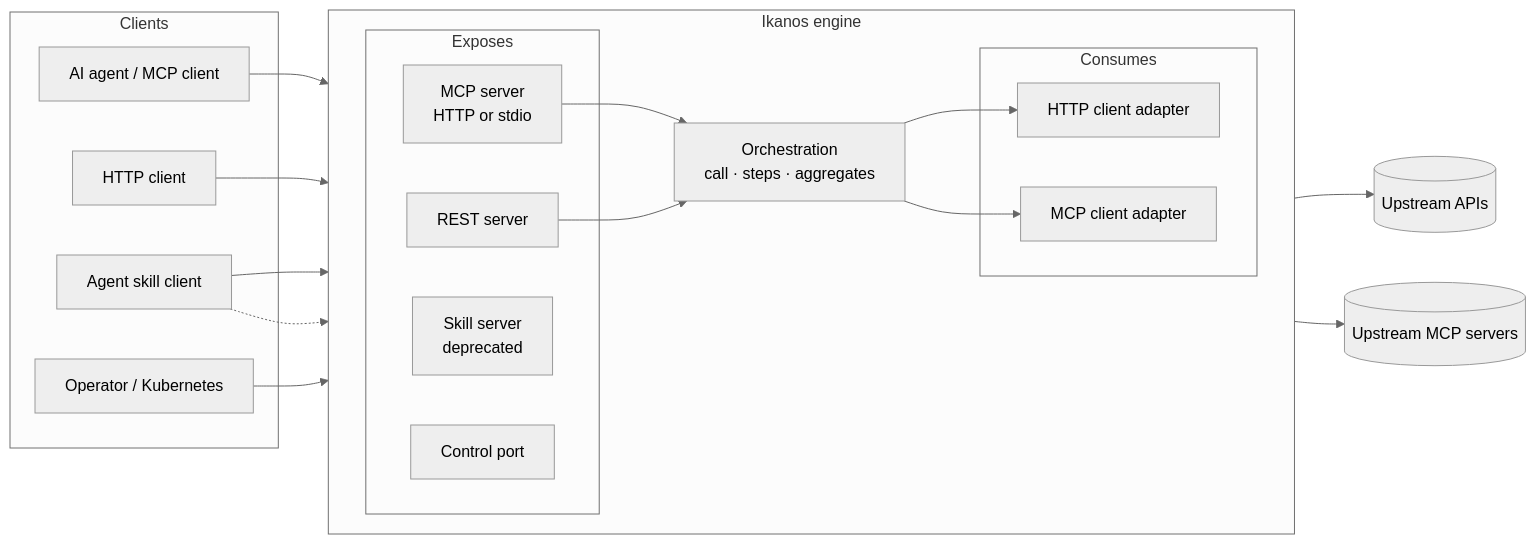
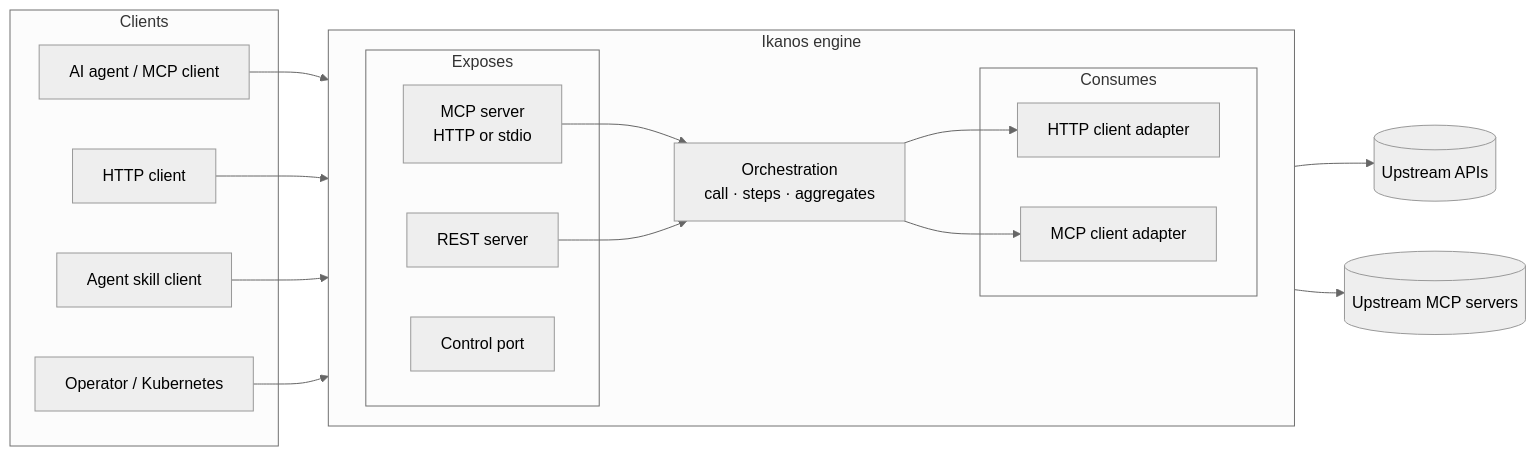
Before and after one commit to naftiko/ikanos: the first of 3 diagrams in modules/ikanos-docs/architecture.md, drawn with Mermaid (neutral theme). The commit also changed other lines of this file and 48 other files, not shown here.

````diff
--- a/modules/ikanos-docs/architecture.md
+++ b/modules/ikanos-docs/architecture.md
@@ -13,39 +13,37 @@
 ```mermaid
 flowchart LR
     subgraph clients[Clients]
         A[AI agent / MCP client]
         B[HTTP client]
         C[Agent skill client]
         O[Operator / Kubernetes]
     end
 
     subgraph engine[Ikanos engine]
         direction LR
         subgraph exposes[Exposes]
             MCP[MCP server<br/>HTTP or stdio]
             REST[REST server]
-            SKILL[Skill server<br/>deprecated]
             CTRL[Control port]
         end
         ORCH[Orchestration<br/>call · steps · aggregates]
         subgraph consumes[Consumes]
             HTTP[HTTP client adapter]
             MCPC[MCP client adapter]
         end
     end
 
     UP[(Upstream APIs)]
     UPM[(Upstream MCP servers)]
 
     A --> MCP
     B --> REST
     C --> MCP
-    C -.-> SKILL
     O --> CTRL
     MCP --> ORCH
     REST --> ORCH
     ORCH --> HTTP
     ORCH --> MCPC
     HTTP --> UP
     MCPC --> UPM
 ```
````
